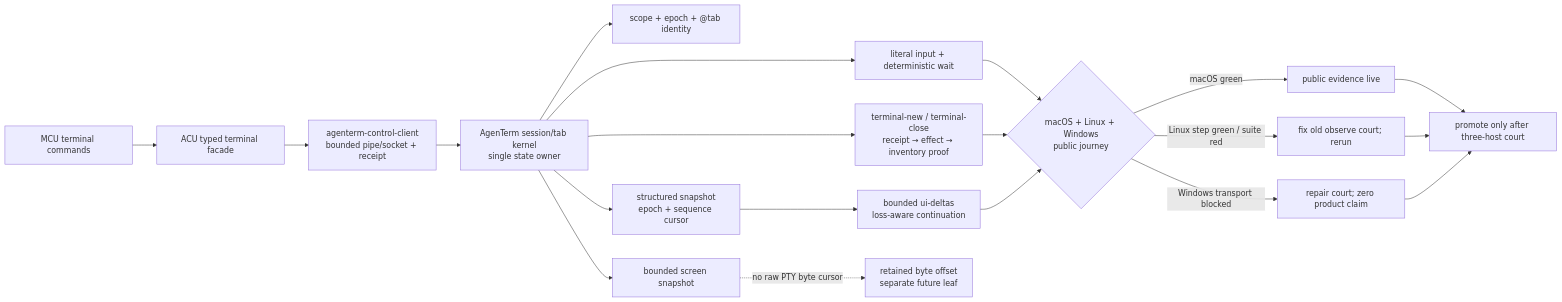
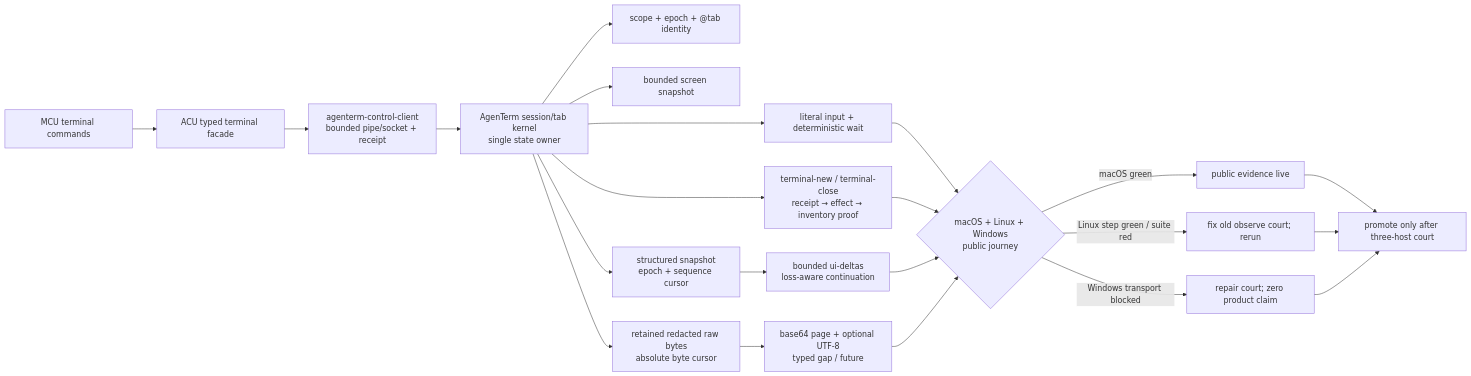
The first of 2 diagrams in prd/PRD_02_28_agenterm_cu.md (partnernetsoftware/agenterm), drawn with Mermaid before and after one commit. The commit also changed other lines of this file and 19 other files, not shown here.

````diff
--- a/prd/PRD_02_28_agenterm_cu.md
+++ b/prd/PRD_02_28_agenterm_cu.md
@@ -469,22 +480,24 @@
 ```mermaid
 flowchart LR
   M["MCU terminal commands"] --> F["ACU typed terminal facade"]
   F --> C["agenterm-control-client<br/>bounded pipe/socket + receipt"]
   C --> K["AgenTerm session/tab kernel<br/>single state owner"]
   K --> I["scope + epoch + @tab identity"]
   K --> L["terminal-new / terminal-close<br/>receipt → effect → inventory proof"]
   K --> S["bounded screen snapshot"]
   K --> E["structured snapshot<br/>epoch + sequence cursor"]
   E --> D["bounded ui-deltas<br/>loss-aware continuation"]
+  K --> R["retained redacted raw bytes<br/>absolute byte cursor"]
+  R --> B["base64 page + optional UTF-8<br/>typed gap / future"]
   K --> W["literal input + deterministic wait"]
-  S -. "no raw PTY byte cursor" .-> G["retained byte offset<br/>separate future leaf"]
   W --> Q{"macOS + Linux + Windows<br/>public journey"}
   L --> Q
   D --> Q
+  B --> Q
   Q -->|macOS green| M1["public evidence live"]
   Q -->|Linux step green / suite red| L1["fix old observe court; rerun"]
   Q -->|Windows transport blocked| W1["repair court; zero product claim"]
   M1 --> P["promote only after three-host court"]
   L1 --> P
   W1 --> P
 ```
````
